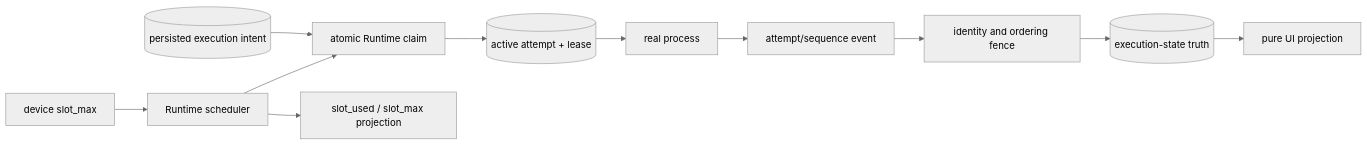
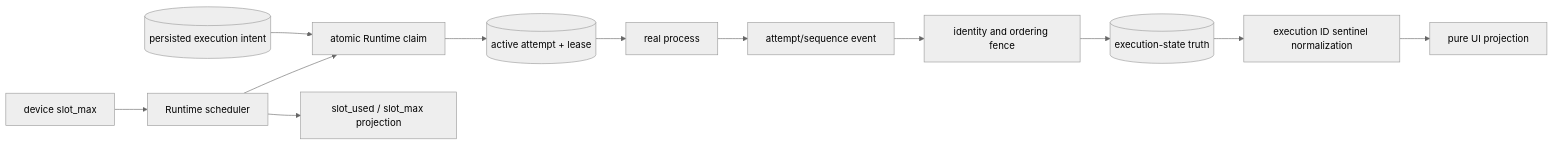
Before and after one commit to wecode-ai/wegent-docs: the first of 2 diagrams in docs/architecture/project-execution-state.md, drawn with Mermaid (neutral theme). The commit also changed other lines of this file and 9 other files, not shown here.

````diff
--- a/docs/architecture/project-execution-state.md
+++ b/docs/architecture/project-execution-state.md
@@ -9,13 +9,15 @@
 ```mermaid
 flowchart LR
     INTENT[(persisted execution intent)] --> CLAIM[atomic Runtime claim]
     CLAIM --> ACTIVE[(active attempt + lease)]
     ACTIVE --> PROCESS[real process]
     PROCESS --> EVENT[attempt/sequence event]
     EVENT --> FENCE[identity and ordering fence]
     FENCE --> TRUTH[(execution-state truth)]
-    TRUTH --> VIEW[pure UI projection]
+    TRUTH --> NORMALIZE[execution ID sentinel normalization]
+    NORMALIZE --> VIEW
+    VIEW[pure UI projection]
     SETTINGS[device slot_max] --> SCHEDULER[Runtime scheduler]
     SCHEDULER --> CLAIM
     SCHEDULER --> CAPACITY[slot_used / slot_max projection]
 ```
````
